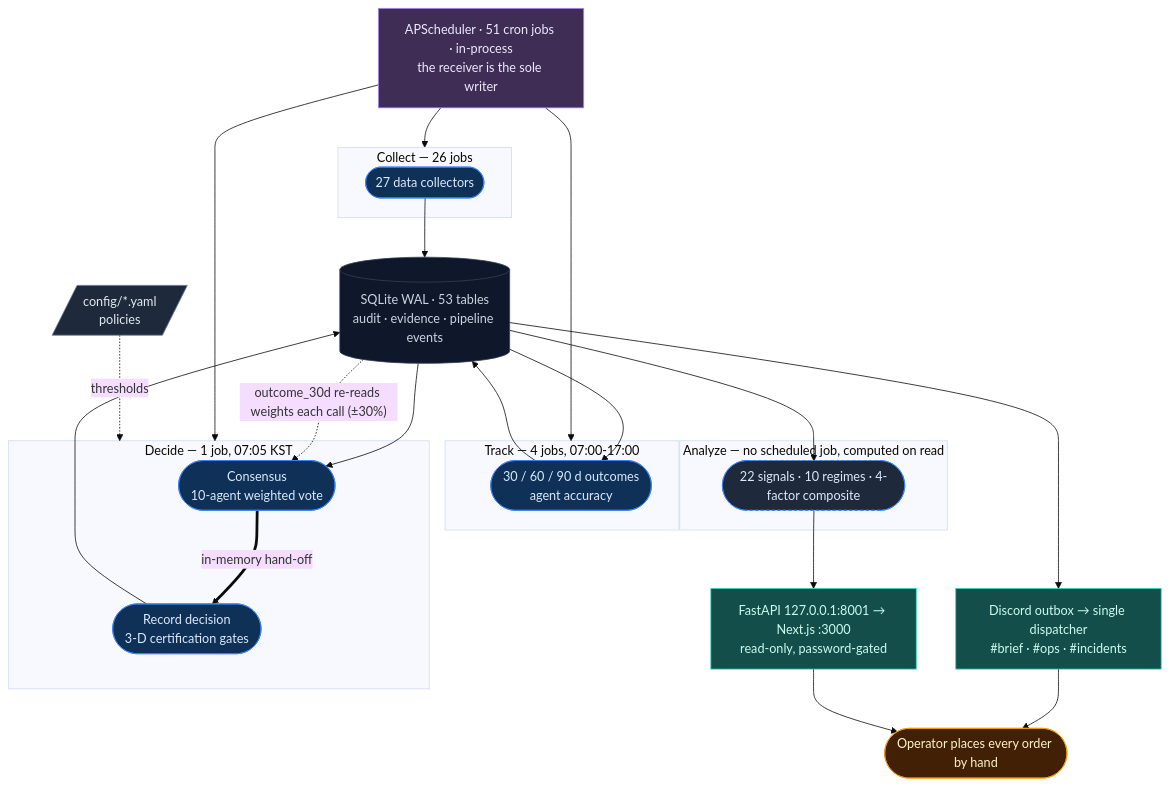
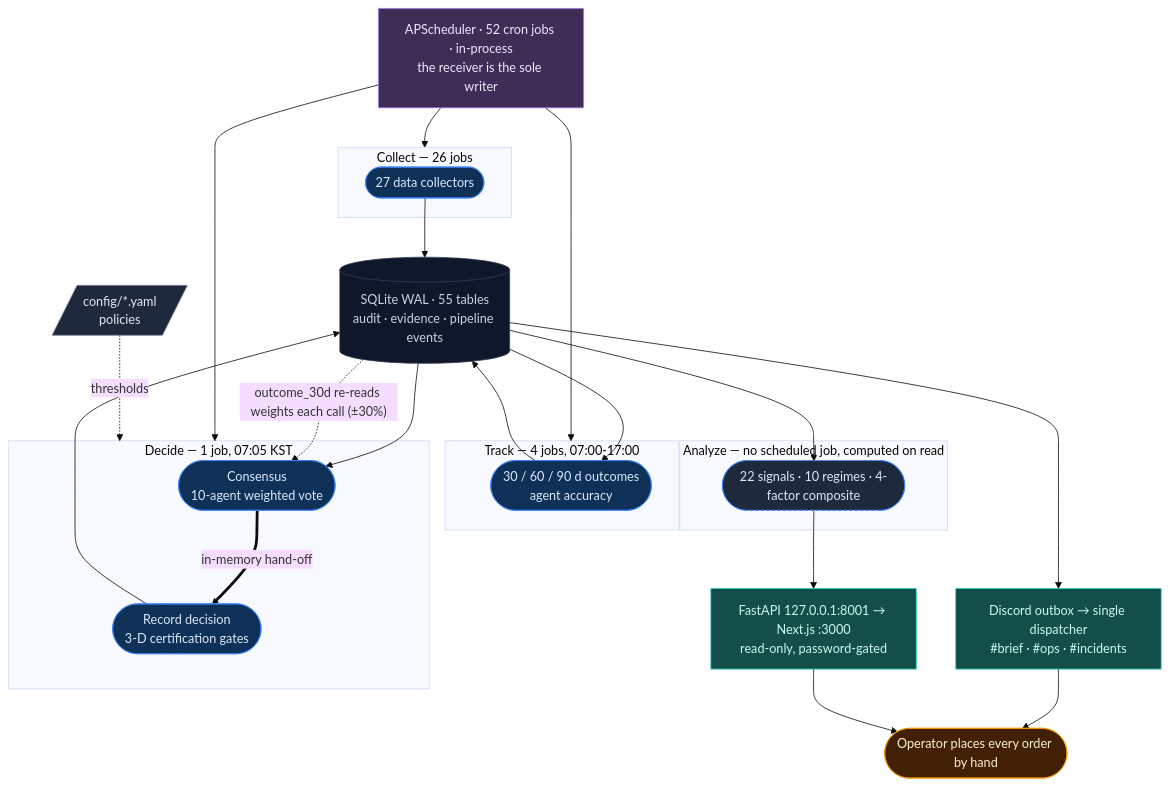
One commit to researcherhojin/nuri-quant changed the diagram in README.md. Above: the diagram before and after it, drawn with Mermaid (base theme). The commit also changed other lines of this file and 13 other files, not shown here.

````diff
--- a/README.md
+++ b/README.md
@@ -55,53 +55,53 @@
 ```mermaid
 flowchart TB
-    SCHED["APScheduler · 51 cron jobs · in-process<br/>the receiver is the sole writer"]:::driver
+    SCHED["APScheduler · 52 cron jobs · in-process<br/>the receiver is the sole writer"]:::driver
     CFG[/"config/*.yaml<br/>policies"/]:::source
 
     subgraph Collect["Collect — 26 jobs"]
         COL(["27 data collectors"]):::pipe
     end
     subgraph Decide["Decide — 1 job, 07:05 KST"]
         CON(["Consensus<br/>10-agent weighted vote"]):::pipe
         CER(["Record decision<br/>3-D certification gates"]):::pipe
         CON ==>|in-memory hand-off| CER
     end
     subgraph Track["Track — 4 jobs, 07:00-17:00"]
         TRK(["30 / 60 / 90 d outcomes<br/>agent accuracy"]):::pipe
     end
     subgraph Analyze["Analyze — no scheduled job, computed on read"]
         ANA(["22 signals · 10 regimes · 4-factor composite"]):::lazy
     end
 
-    DB[("SQLite WAL · 53 tables<br/>audit · evidence · pipeline events")]:::sink
+    DB[("SQLite WAL · 55 tables<br/>audit · evidence · pipeline events")]:::sink
 
     SCHED --> Collect
     SCHED --> Decide
     SCHED --> Track
     CFG -. thresholds .-> Decide
 
     COL --> DB
     DB --> CON
     CER --> DB
     DB --> TRK
     TRK --> DB
     DB -. "outcome_30d re-reads weights each call (±30%)" .-> CON
 
     DB --> ANA
     ANA --> READ
     DB --> BRIEF
 
     BRIEF["Discord outbox → single dispatcher<br/>#brief · #ops · #incidents"]:::out
     READ["FastAPI 127.0.0.1:8001 → Next.js :3000<br/>read-only, password-gated"]:::out
     USER(["Operator places every order by hand"]):::user
 
     BRIEF --> USER
     READ --> USER
 
     classDef driver fill:#3f2d56,stroke:#a78bfa,color:#ede9fe
     classDef source fill:#1e293b,stroke:#64748b,color:#e2e8f0
     classDef pipe   fill:#0f3057,stroke:#3b82f6,color:#dbeafe
     classDef lazy   fill:#1e293b,stroke:#3b82f6,color:#dbeafe,stroke-dasharray: 4 3
     classDef sink   fill:#0f172a,stroke:#334155,color:#cbd5e1
     classDef out    fill:#134e4a,stroke:#2dd4bf,color:#ccfbf1
     classDef user   fill:#422006,stroke:#f59e0b,color:#fef3c7
 ```
````
